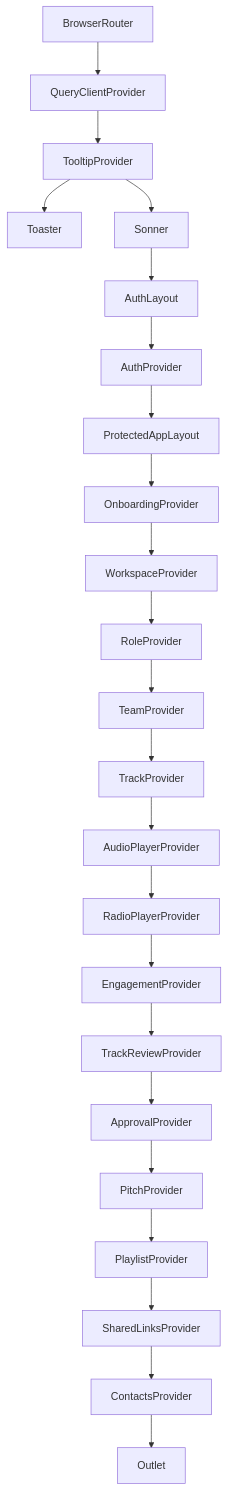
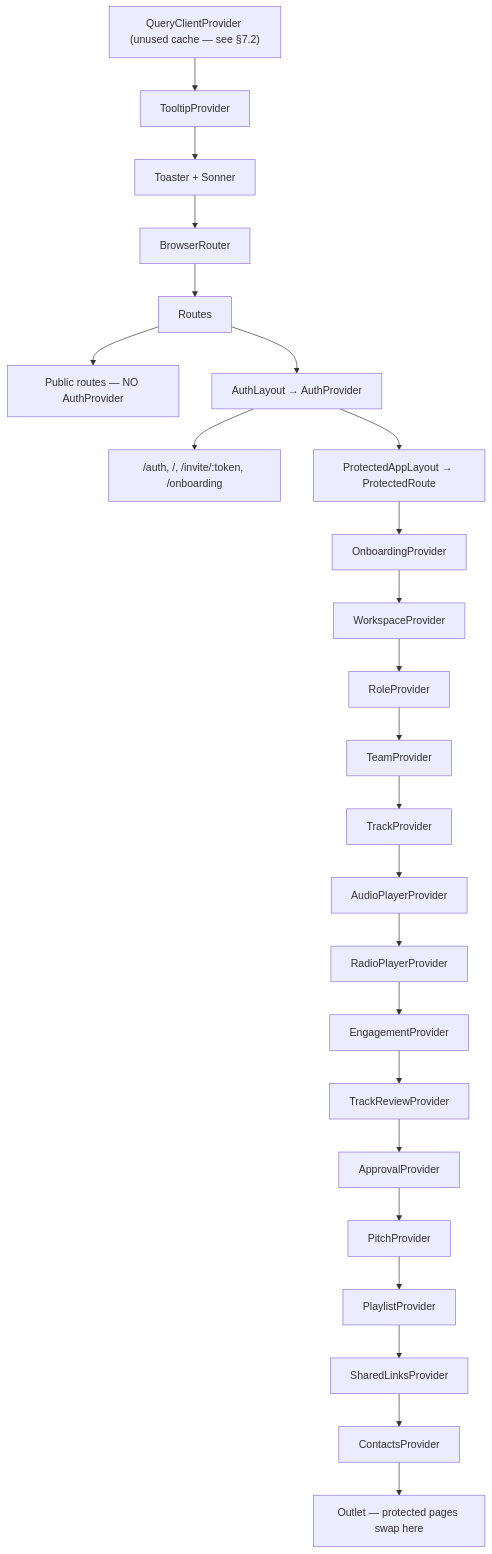
One commit to yannickrastogi/trakalo-muse-palette changed the second of 3 diagrams in docs/ARCHITECTURE/04-COMPONENT_ARCHITECTURE.md. Above: the diagram before and after it, drawn with Mermaid. The commit also changed other lines of this file and 1 other file, not shown here.

First line of the commit message:
docs: rewrite 04-COMPONENT_ARCHITECTURE against real component tree

````diff
--- a/docs/ARCHITECTURE/04-COMPONENT_ARCHITECTURE.md
+++ b/docs/ARCHITECTURE/04-COMPONENT_ARCHITECTURE.md
@@ -130,25 +187,26 @@
 ```mermaid
 flowchart TD
-    A[BrowserRouter] --> B[QueryClientProvider]
-    B --> C[TooltipProvider]
-    C --> D[Toaster]
-    C --> E[Sonner]
-    E --> F[AuthLayout]
-    F --> G[AuthProvider]
-    G --> H[ProtectedAppLayout]
-    H --> I[OnboardingProvider]
-    I --> J[WorkspaceProvider]
-    J --> K[RoleProvider]
-    K --> L[TeamProvider]
-    L --> M[TrackProvider]
-    M --> N[AudioPlayerProvider]
-    N --> O[RadioPlayerProvider]
-    O --> P[EngagementProvider]
-    P --> Q[TrackReviewProvider]
-    Q --> R[ApprovalProvider]
-    R --> S[PitchProvider]
-    S --> T[PlaylistProvider]
-    T --> U[SharedLinksProvider]
-    U --> V[ContactsProvider]
-    V --> W[Outlet]
+    A["QueryClientProvider (unused cache — see §7.2)"] --> B[TooltipProvider]
+    B --> C["Toaster + Sonner"]
+    C --> D[BrowserRouter]
+    D --> E[Routes]
+    E --> F["Public routes — NO AuthProvider"]
+    E --> G["AuthLayout → AuthProvider"]
+    G --> H["/auth, /, /invite/:token, /onboarding"]
+    G --> I["ProtectedAppLayout → ProtectedRoute"]
+    I --> J[OnboardingProvider]
+    J --> K[WorkspaceProvider]
+    K --> L[RoleProvider]
+    L --> M[TeamProvider]
+    M --> N[TrackProvider]
+    N --> O[AudioPlayerProvider]
+    O --> P[RadioPlayerProvider]
+    P --> Q[EngagementProvider]
+    Q --> R[TrackReviewProvider]
+    R --> S[ApprovalProvider]
+    S --> T[PitchProvider]
+    T --> U[PlaylistProvider]
+    U --> V[SharedLinksProvider]
+    V --> W[ContactsProvider]
+    W --> X["Outlet — protected pages swap here"]
 ```
````
